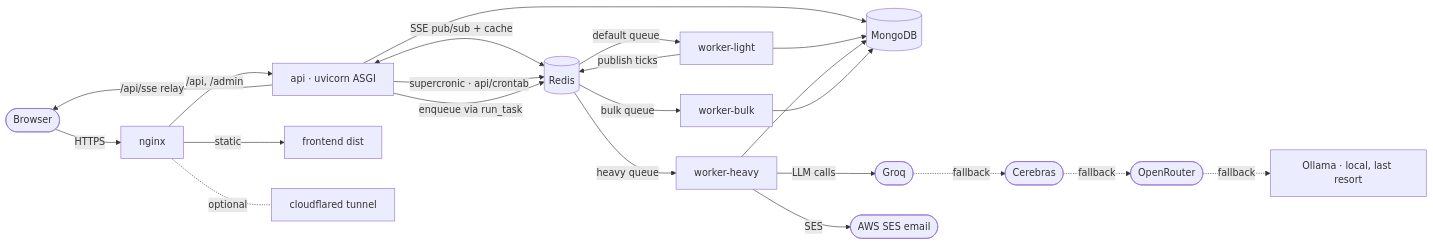
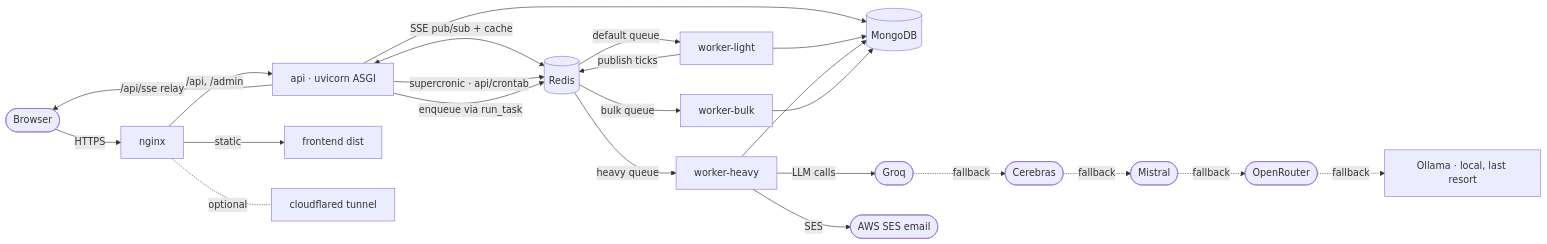
The first of 3 diagrams in docs/architecture.md (jameelhamdan/event-horizon), drawn with Mermaid before and after one commit. The commit also changed other lines of this file and 12 other files, not shown here.

````diff
--- a/docs/architecture.md
+++ b/docs/architecture.md
@@ -38,26 +38,27 @@
 ```mermaid
 flowchart LR
     USER([Browser]) -->|HTTPS| NGINX[nginx]
     NGINX -->|/api, /admin| API[api · uvicorn ASGI]
     NGINX -->|static| FE[frontend dist]
     NGINX -.optional.- CF[cloudflared tunnel]
 
     API --> MONGO[(MongoDB)]
     API <-->|SSE pub/sub + cache| REDIS[(Redis)]
 
     API -->|supercronic · api/crontab| REDIS
     API -->|enqueue via run_task| REDIS
     REDIS -->|default queue| WL[worker-light]
     REDIS -->|heavy queue| WH[worker-heavy]
     REDIS -->|bulk queue| WB[worker-bulk]
     WL --> MONGO
     WH --> MONGO
     WB --> MONGO
     WH -->|LLM calls| GROQ([Groq])
     GROQ -.fallback.-> CEREBRAS([Cerebras])
-    CEREBRAS -.fallback.-> OR([OpenRouter])
+    CEREBRAS -.fallback.-> MISTRAL([Mistral])
+    MISTRAL -.fallback.-> OR([OpenRouter])
     OR -.fallback.-> OLLAMA[Ollama · local, last resort]
     WH -->|SES| SES([AWS SES email])
     WL -->|publish ticks| REDIS
     API -->|/api/sse relay| USER
 ```
````
